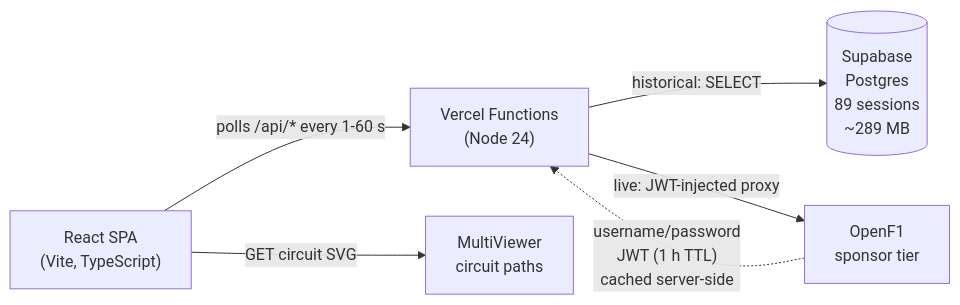
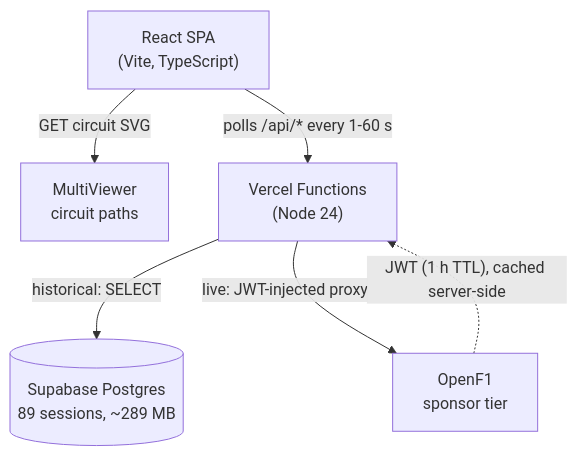
Before and after one commit to sachitsahoo/f1_tracker: the diagram in README.md, drawn with Mermaid.

Commit message:
docs(readme): flip architecture diagram LR → TD so it fits GitHub's column
The LR (left-to-right) Mermaid flowchart rendered wider than GitHub's
README content column (~880 px), clipping the OpenF1 node and its
JWT-edge label on the right. GitHub's Mermaid renderer doesn't auto-fit
to container width; the only knob is orientation.

Switch to TD (top-down): stacks vertically, expands into available
page height instead of overflowing horizontally. Also tightened a few
edge labels (dropped the "username/password" line on the dotted return
edge, condensed the Supabase node to two lines) so node widths shrink.

````diff
--- a/README.md
+++ b/README.md
@@ -33,14 +33,14 @@
 ```mermaid
-flowchart LR
+flowchart TD
   Browser["React SPA<br/>(Vite, TypeScript)"]
+  MV["MultiViewer<br/>circuit paths"]
   VF["Vercel Functions<br/>(Node 24)"]
-  SB[("Supabase<br/>Postgres<br/>89 sessions<br/>~289 MB")]
+  SB[("Supabase Postgres<br/>89 sessions, ~289 MB")]
   OF1["OpenF1<br/>sponsor tier"]
-  MV["MultiViewer<br/>circuit paths"]
 
   Browser -->|"polls /api/* every 1-60 s"| VF
   Browser -->|"GET circuit SVG"| MV
   VF -->|"historical: SELECT"| SB
   VF -->|"live: JWT-injected proxy"| OF1
-  OF1 -.->|"username/password<br/>JWT (1 h TTL)<br/>cached server-side"| VF
+  OF1 -.->|"JWT (1 h TTL), cached server-side"| VF
 ```
````
